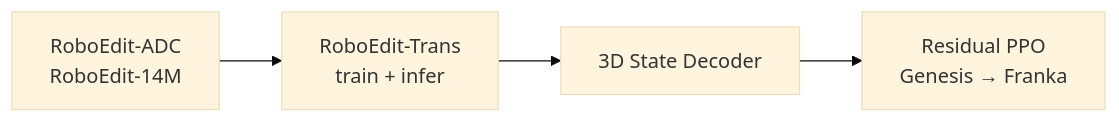
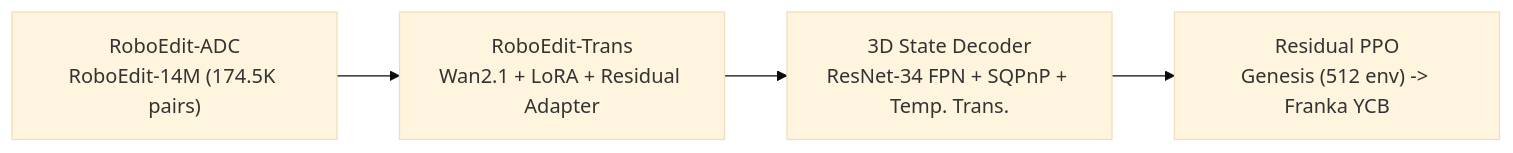
Before and after one commit to ImChong/Robotics_Notebooks: the second of 2 diagrams in wiki/entities/paper-roboedit.md, drawn with Mermaid (base theme). The commit also changed other lines of this file and 192 other files, not shown here.

Commit message:
[2026-11-14] ingest | roadmap/depth-vla.md — 补齐 VLA 纵深路线全部节点原文证据与满分健康度

````diff
--- a/wiki/entities/paper-roboedit.md
+++ b/wiki/entities/paper-roboedit.md
@@ -85,8 +98,8 @@
 ```mermaid
 flowchart LR
-  adc["RoboEdit-ADC\nRoboEdit-14M"]
-  trans["RoboEdit-Trans\ntrain + infer"]
-  decode["3D State Decoder"]
-  ctrl["Residual PPO\nGenesis → Franka"]
+  adc["RoboEdit-ADC<br/>RoboEdit-14M (174.5K pairs)"]
+  trans["RoboEdit-Trans<br/>Wan2.1 + LoRA + Residual Adapter"]
+  decode["3D State Decoder<br/>ResNet-34 FPN + SQPnP + Temp. Trans."]
+  ctrl["Residual PPO<br/>Genesis (512 env) -> Franka YCB"]
   adc --> trans --> decode --> ctrl
 ```
````
